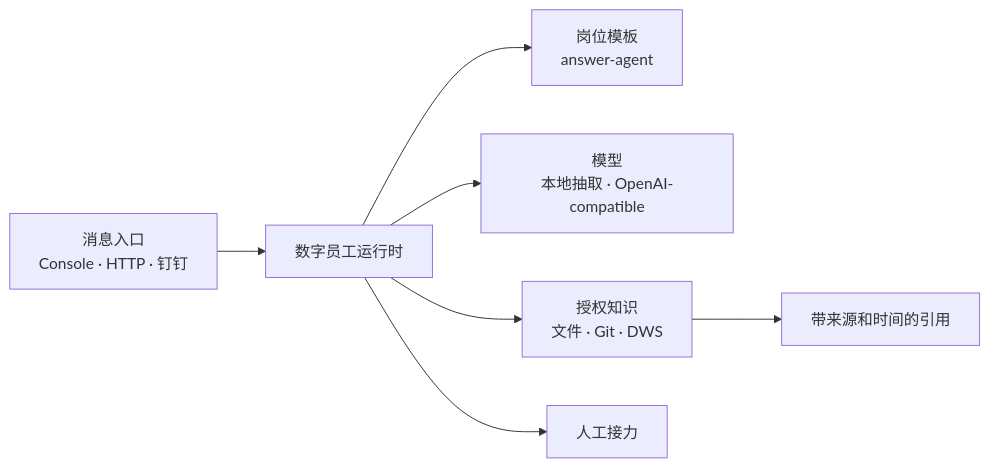
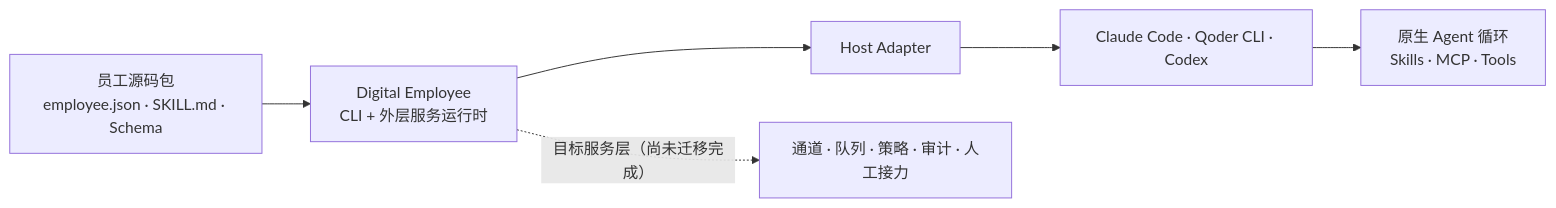
Before and after one commit to bytefolk/digital-employee: the diagram in README.zh-CN.md, drawn with Mermaid. The commit also changed other lines of this file and 42 other files, not shown here.

Commit message:
feat: add agent-native employee host foundation

````diff
--- a/README.zh-CN.md
+++ b/README.zh-CN.md
@@ -50,9 +11,8 @@
 ```mermaid
 flowchart LR
-  C["消息入口<br/>Console · HTTP · 钉钉"] --> R["数字员工运行时"]
-  R --> P["岗位模板<br/>answer-agent"]
-  R --> M["模型<br/>本地抽取 · OpenAI-compatible"]
-  R --> K["授权知识<br/>文件 · Git · DWS"]
-  R --> H["人工接力"]
-  K --> D["带来源和时间的引用"]
+  P["员工源码包<br/>employee.json · SKILL.md · Schema"] --> O["Digital Employee<br/>CLI + 外层服务运行时"]
+  O --> H["Host Adapter"]
+  H --> A["Claude Code · Qoder CLI · Codex"]
+  A --> T["原生 Agent 循环<br/>Skills · MCP · Tools"]
+  O -. "目标服务层（尚未迁移完成）" .-> S["通道 · 队列 · 策略 · 审计 · 人工接力"]
 ```
````
